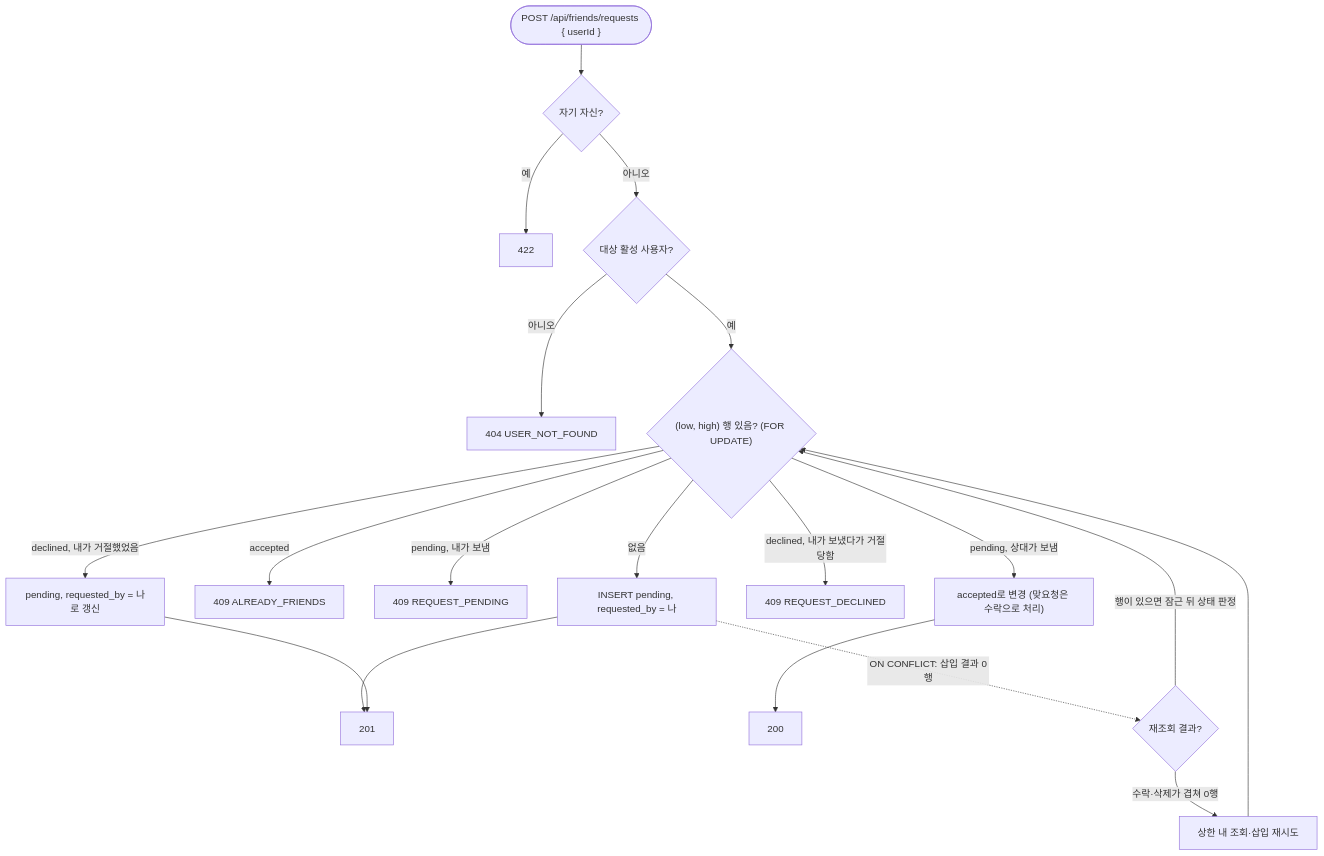
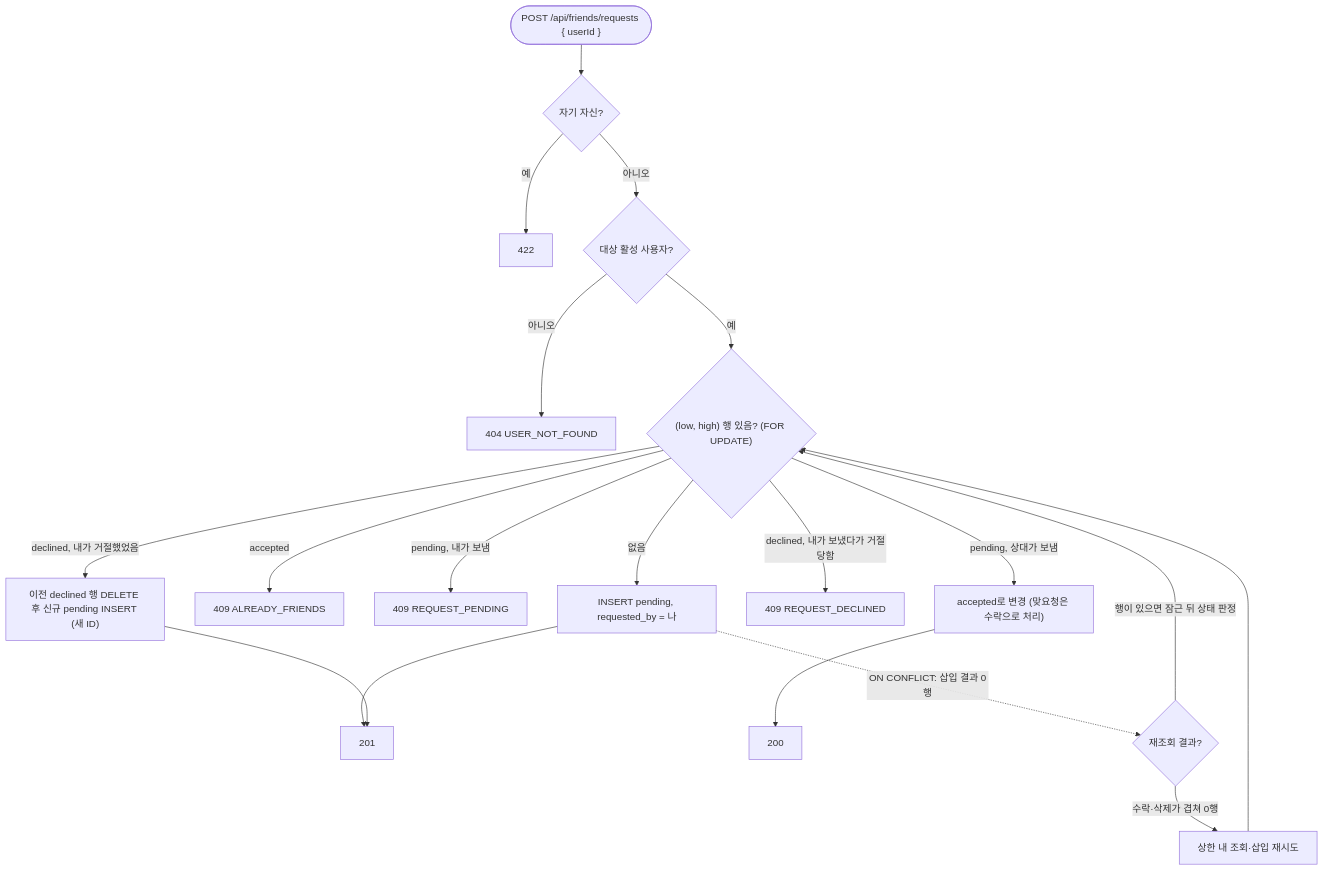
Before and after one commit to EscapeFromGyeongsan/ft_transcendence: diagram 53 of 53 in Document/SDS.md, drawn with Mermaid. The commit also changed other lines of this file, not shown here.

Commit message:
docs(sds): sync friend API draft #95 with approved policies and pending #82 integration (#38)

````diff
--- a/Document/SDS.md
+++ b/Document/SDS.md
@@ -1927,18 +1927,18 @@
 ```mermaid
 flowchart TD
     S(["POST /api/friends/requests { userId }"]) --> Self{자기 자신?}
     Self -->|예| R422[422]
     Self -->|아니오| Exists{대상 활성 사용자?}
     Exists -->|아니오| R404[404 USER_NOT_FOUND]
     Exists -->|예| Row{"(low, high) 행 있음? (FOR UPDATE)"}
     Row -->|없음| Ins["INSERT pending, requested_by = 나"] --> R201[201]
     Row -->|accepted| R409a[409 ALREADY_FRIENDS]
     Row -->|"pending, 내가 보냄"| R409b[409 REQUEST_PENDING]
     Row -->|"pending, 상대가 보냄"| Acc["accepted로 변경 (맞요청은 수락으로 처리)"] --> R200[200]
     Row -->|"declined, 내가 보냈다가 거절당함"| R409c[409 REQUEST_DECLINED]
-    Row -->|"declined, 내가 거절했었음"| Re["pending, requested_by = 나로 갱신"] --> R201
+    Row -->|"declined, 내가 거절했었음"| Re["이전 declined 행 DELETE 후 신규 pending INSERT (새 ID)"] --> R201
     Ins -.->|"ON CONFLICT: 삽입 결과 0행"| Retry{"재조회 결과?"}
     Retry -->|"행이 있으면 잠근 뒤 상태 판정"| Row
     Retry -->|"수락·삭제가 겹쳐 0행"| Recheck["상한 내 조회·삽입 재시도"]
     Recheck --> Row
 ```
````
